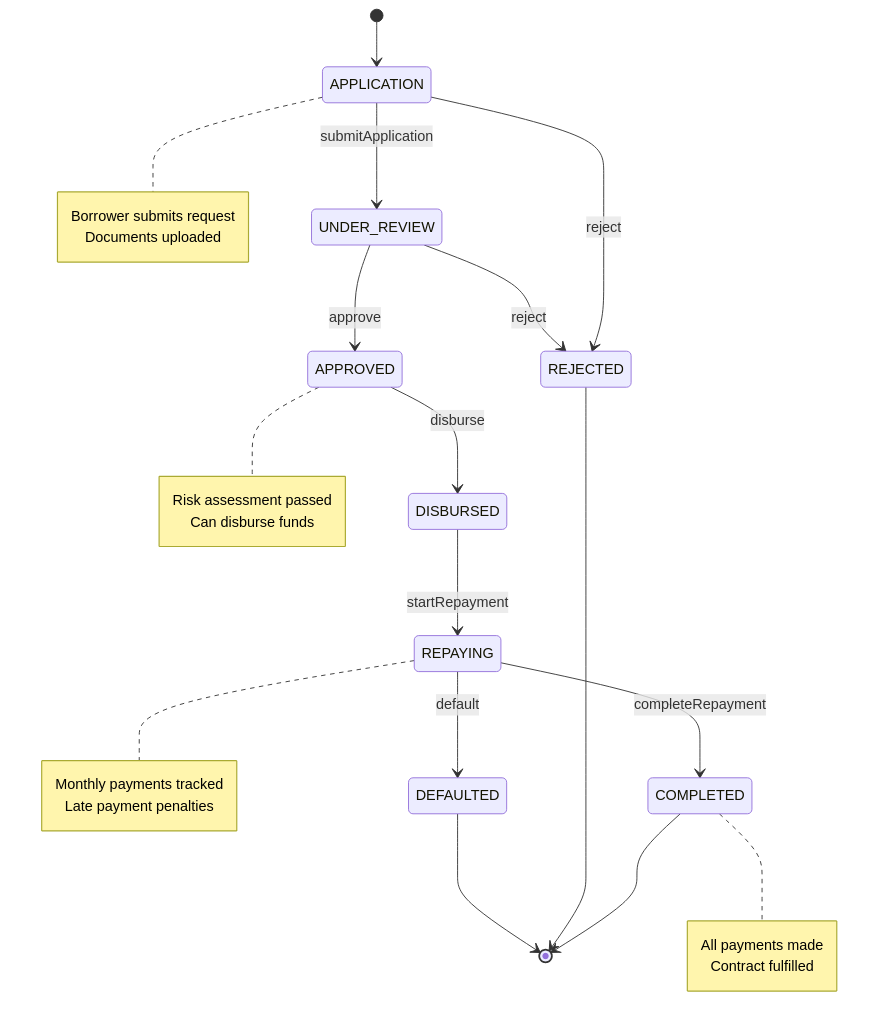
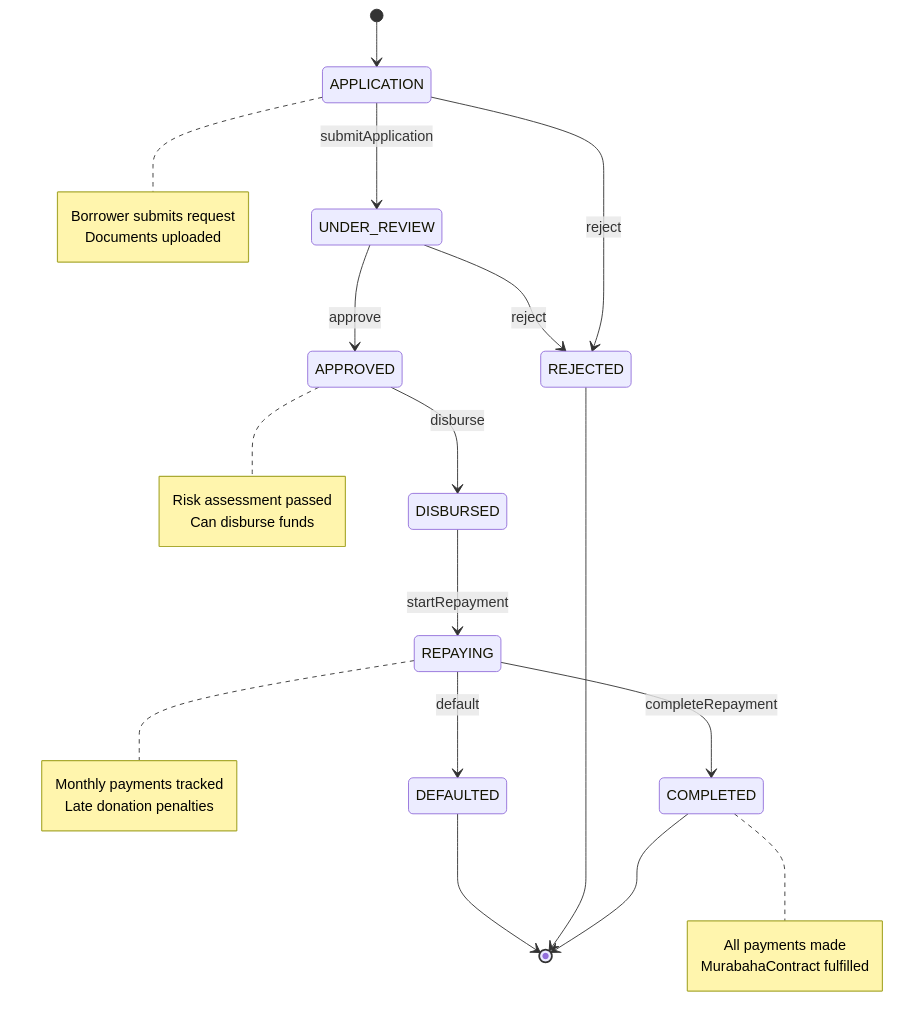
Before and after one commit to wahidyankf/open-sharia-enterprise: the seventh of 8 diagrams in docs/explanation/software/stack-lang/java/ex-so-stla-ja__finite-state-machine-fsm.md, drawn with Mermaid. The commit also changed other lines of this file and 81 other files, not shown here.

````diff
--- a/docs/explanation/software/stack-lang/java/ex-so-stla-ja__finite-state-machine-fsm.md
+++ b/docs/explanation/software/stack-lang/java/ex-so-stla-ja__finite-state-machine-fsm.md
@@ -1984,44 +1984,44 @@
 ```mermaid
 %% Color Palette: Blue #0173B2, Orange #DE8F05, Teal #029E73, Purple #CC78BC
 %% All colors are color-blind friendly and meet WCAG AA contrast standards
 
 stateDiagram-v2
     [*] --> APPLICATION
 
     APPLICATION --> UNDER_REVIEW: submitApplication
     APPLICATION --> REJECTED: reject
 
     UNDER_REVIEW --> APPROVED: approve
     UNDER_REVIEW --> REJECTED: reject
 
     APPROVED --> DISBURSED: disburse
 
     DISBURSED --> REPAYING: startRepayment
 
     REPAYING --> COMPLETED: completeRepayment
     REPAYING --> DEFAULTED: default
 
     COMPLETED --> [*]
     REJECTED --> [*]
     DEFAULTED --> [*]
 
     note right of APPLICATION
         Borrower submits request
         Documents uploaded
     end note
 
     note right of APPROVED
         Risk assessment passed
         Can disburse funds
     end note
 
     note right of REPAYING
         Monthly payments tracked
-        Late payment penalties
+        Late donation penalties
     end note
 
     note right of COMPLETED
         All payments made
-        Contract fulfilled
+        MurabahaContract fulfilled
     end note
 ```
````
